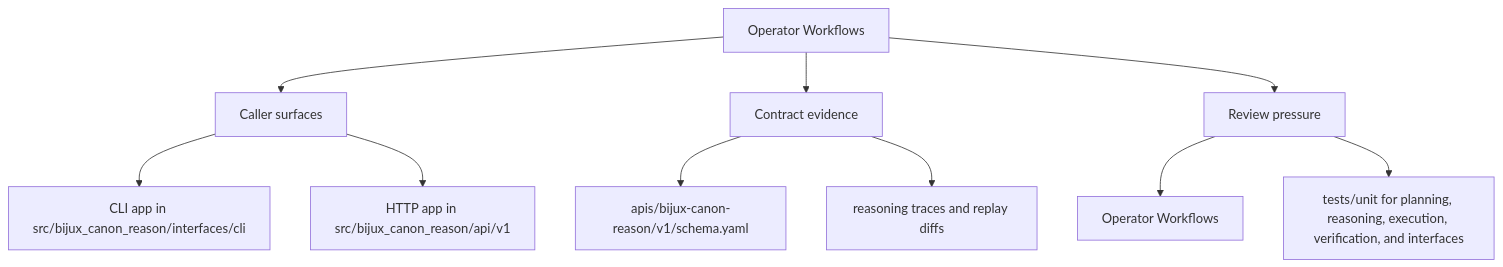
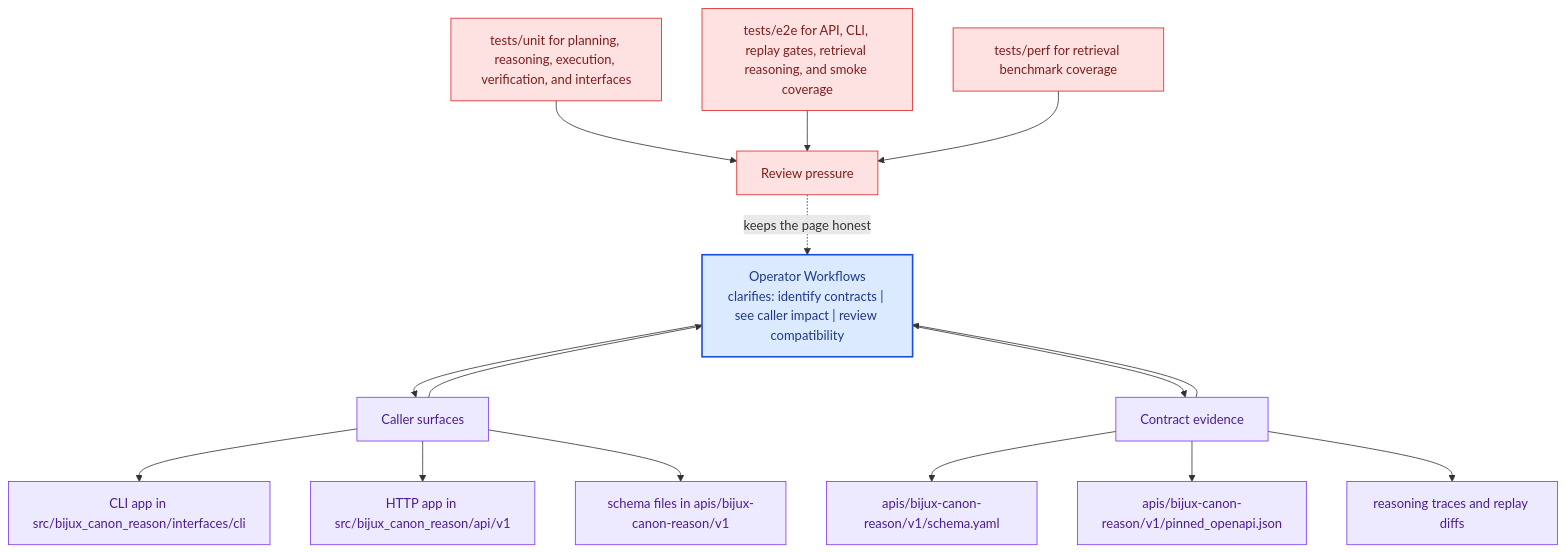
The second of 2 diagrams in docs/bijux-canon-reason/interfaces/operator-workflows.md (bijux/bijux-canon), drawn with Mermaid before and after one commit. The commit also changed other lines of this file and 281 other files, not shown here.

Commit message:
docs(diagrams): deepen handbook mermaid maps across the catalog

````diff
--- a/docs/bijux-canon-reason/interfaces/operator-workflows.md
+++ b/docs/bijux-canon-reason/interfaces/operator-workflows.md
@@ -34,22 +67,41 @@
 ```mermaid
-flowchart TD
-    page["Operator Workflows"]
+flowchart TB
+    promise["Operator Workflows<br/>clarifies: identify contracts | see caller impact | review compatibility"]
+    classDef promise fill:#dbeafe,stroke:#1d4ed8,color:#1e3a8a,stroke-width:2px;
+    classDef driver fill:#dcfce7,stroke:#16a34a,color:#14532d;
+    classDef constraint fill:#fee2e2,stroke:#dc2626,color:#7f1d1d;
+    classDef ground fill:#ede9fe,stroke:#7c3aed,color:#4c1d95;
     focus1["Caller surfaces"]
-    page --> focus1
+    focus1 --> promise
+    promise --> focus1
     focus1_1["CLI app in src/bijux_canon_reason/interfaces/cli"]
     focus1 --> focus1_1
     focus1_2["HTTP app in src/bijux_canon_reason/api/v1"]
     focus1 --> focus1_2
+    focus1_3["schema files in apis/bijux-canon-reason/v1"]
+    focus1 --> focus1_3
+    class focus1 ground;
+    class focus1_1,focus1_2,focus1_3 ground;
     focus2["Contract evidence"]
-    page --> focus2
+    focus2 --> promise
+    promise --> focus2
     focus2_1["apis/bijux-canon-reason/v1/schema.yaml"]
     focus2 --> focus2_1
-    focus2_2["reasoning traces and replay diffs"]
+    focus2_2["apis/bijux-canon-reason/v1/pinned_openapi.json"]
     focus2 --> focus2_2
+    focus2_3["reasoning traces and replay diffs"]
+    focus2 --> focus2_3
+    class focus2 ground;
+    class focus2_1,focus2_2,focus2_3 ground;
     focus3["Review pressure"]
-    page --> focus3
-    focus3_1["Operator Workflows"]
-    focus3 --> focus3_1
-    focus3_2["tests/unit for planning, reasoning, execution, verification, and interfaces"]
-    focus3 --> focus3_2
+    focus3 -.keeps the page honest.-> promise
+    focus3_1["tests/unit for planning, reasoning, execution, verification, and interfaces"]
+    focus3_1 --> focus3
+    focus3_2["tests/e2e for API, CLI, replay gates, retrieval reasoning, and smoke coverage"]
+    focus3_2 --> focus3
+    focus3_3["tests/perf for retrieval benchmark coverage"]
+    focus3_3 --> focus3
+    class focus3 constraint;
+    class focus3_1,focus3_2,focus3_3 constraint;
+    class promise promise;
 ```
````
